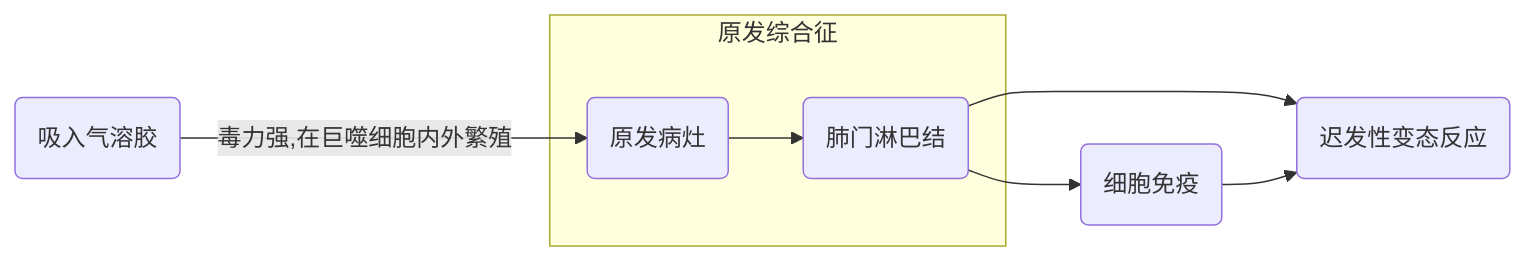
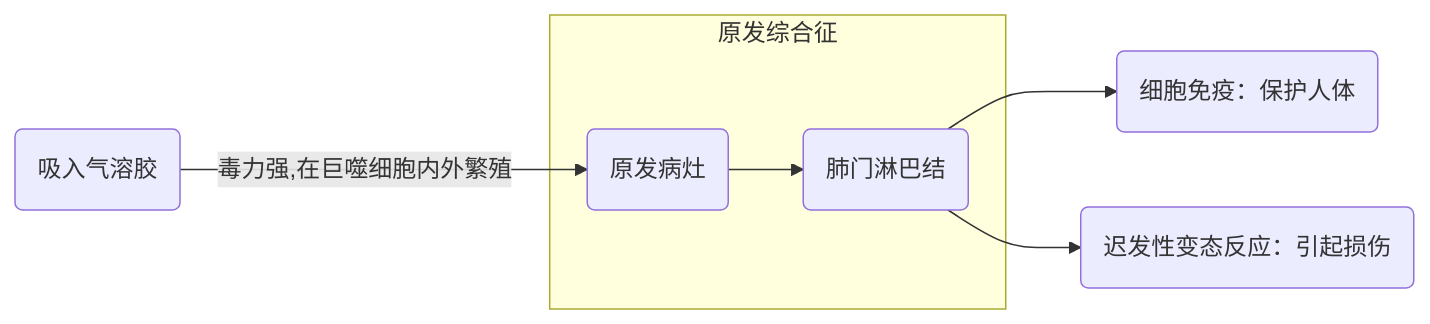
Before and after one commit to viket-vista/Notes: the second of 3 diagrams in 大三下/内科学.md, drawn with Mermaid. The commit also changed other lines of this file, not shown here.

````diff
--- a/大三下/内科学.md
+++ b/大三下/内科学.md
@@ -23,10 +23,9 @@
 ```mermaid
 graph LR
 a(吸入气溶胶) -- 毒力强,在巨噬细胞内外繁殖 --> c(原发病灶) 
 subgraph 原发综合征
 c--> d(肺门淋巴结)
 end
-d --> e(细胞免疫)
-d --> f(迟发性变态反应)
-e --> f
+d --> e("细胞免疫：保护人体")
+d --> f("迟发性变态反应：引起损伤")
 ```
````
